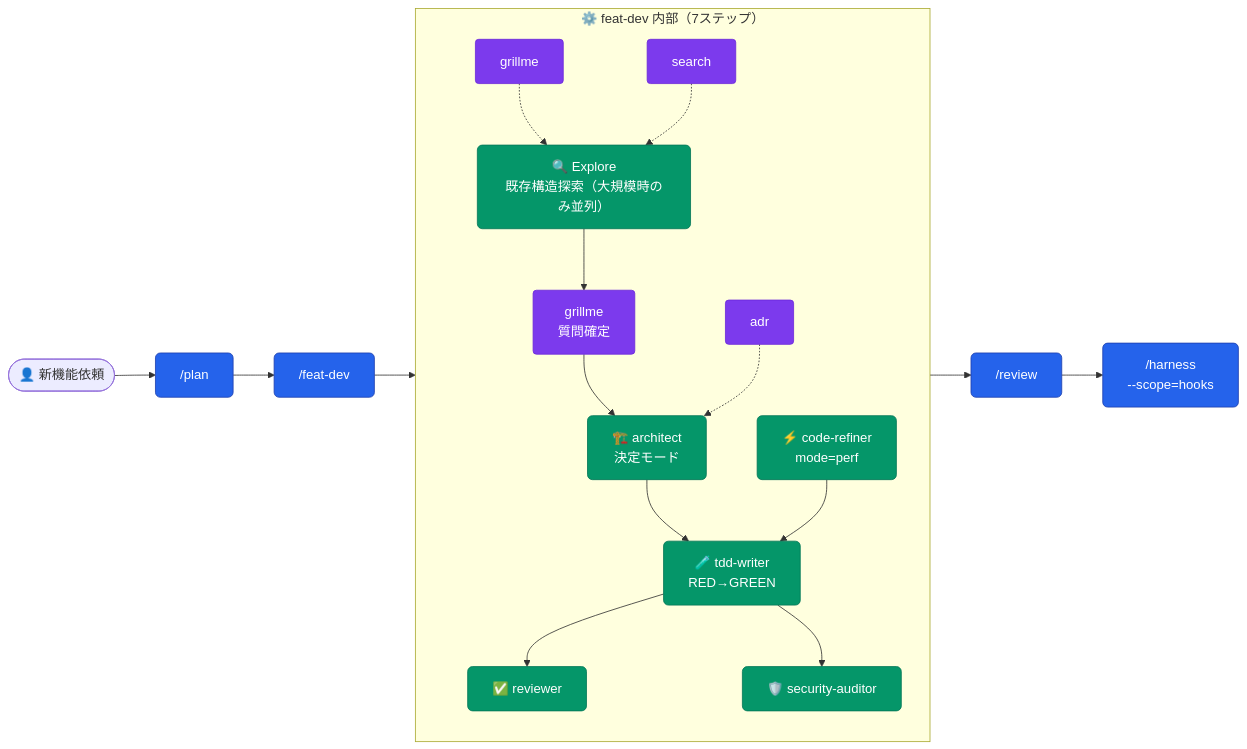
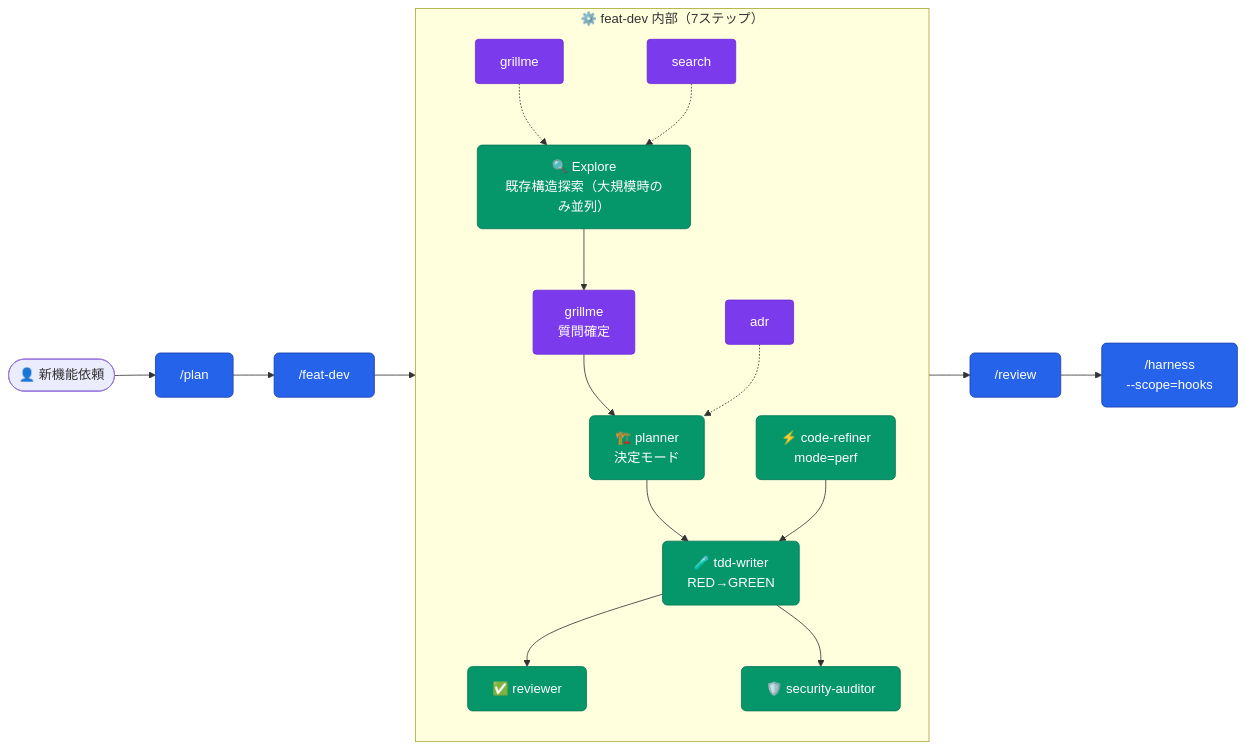
One commit to aokumablue/claq changed the first of 12 diagrams in README.md. Above: the diagram before and after it, drawn with Mermaid. The commit also changed other lines of this file and 6 other files, not shown here.

First line of the commit message:
refactor(agents): architect を planner へ統合

````diff
--- a/README.md
+++ b/README.md
@@ -120,26 +120,26 @@
 ```mermaid
 flowchart LR
   classDef cmd    fill:#2563eb,stroke:#1e40af,color:#fff,rx:6
   classDef agent  fill:#059669,stroke:#047857,color:#fff,rx:6
   classDef skill  fill:#7c3aed,stroke:#6d28d9,color:#fff,rx:4
   classDef auto   fill:#ea580c,stroke:#c2410c,color:#fff,rx:4
 
   U(["👤 新機能依頼"]) --> CP["/plan"]:::cmd
   CP --> CF["/feat-dev"]:::cmd
 
   subgraph featdev["⚙️ feat-dev 内部（7ステップ）"]
     direction TB
     SG1["grillme"]:::skill -.-> AE
     AE["🔍 Explore<br/>既存構造探索（大規模時のみ並列）"]:::agent --> SG2["grillme<br/>質問確定"]:::skill
-    SG2 --> AA["🏗️ architect<br/>決定モード"]:::agent
+    SG2 --> AA["🏗️ planner<br/>決定モード"]:::agent
     AA & APO["⚡ code-refiner<br/>mode=perf"]:::agent --> AT["🧪 tdd-writer<br/>RED→GREEN"]:::agent
     AT --> AR["✅ reviewer"]:::agent
     AT --> ASEC["🛡️ security-auditor"]:::agent
     SS["search"]:::skill -.-> AE
     SA["adr"]:::skill -.-> AA
   end
 
   CF --> featdev
   featdev --> CR["/review"]:::cmd
   CR --> CH["/harness<br/>--scope=hooks"]:::cmd
 ```
````
